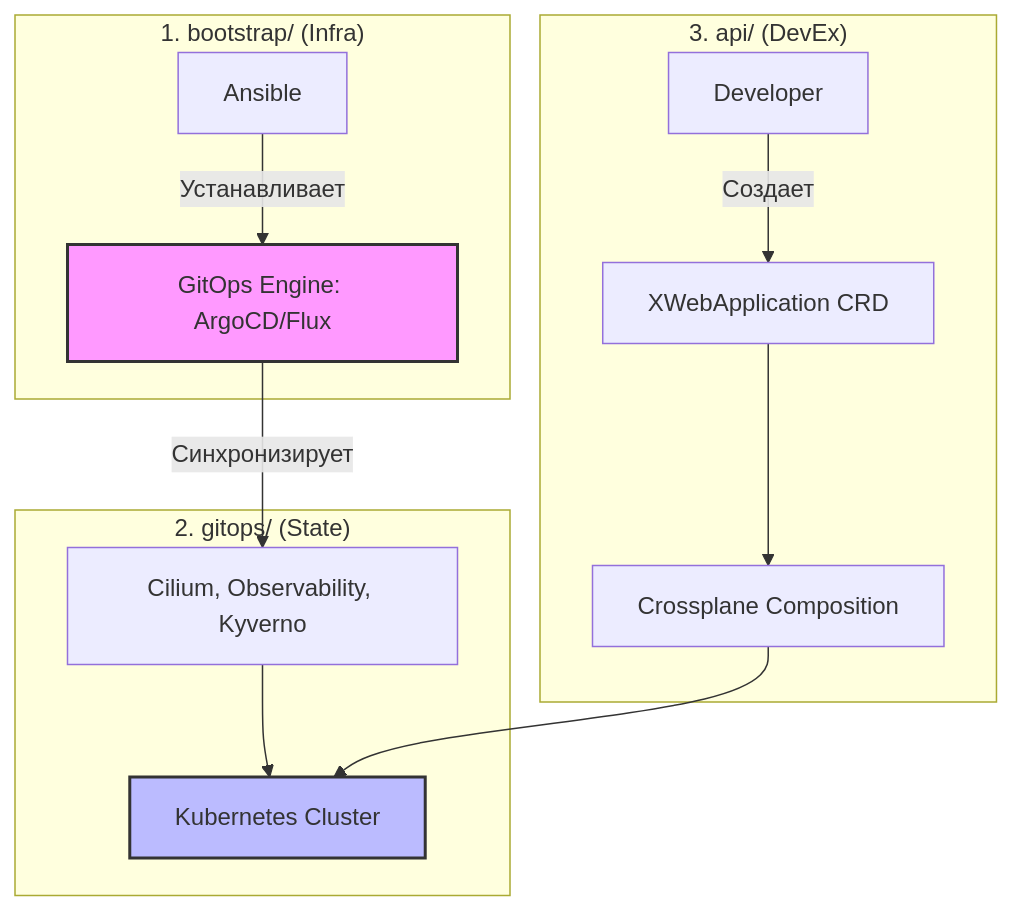
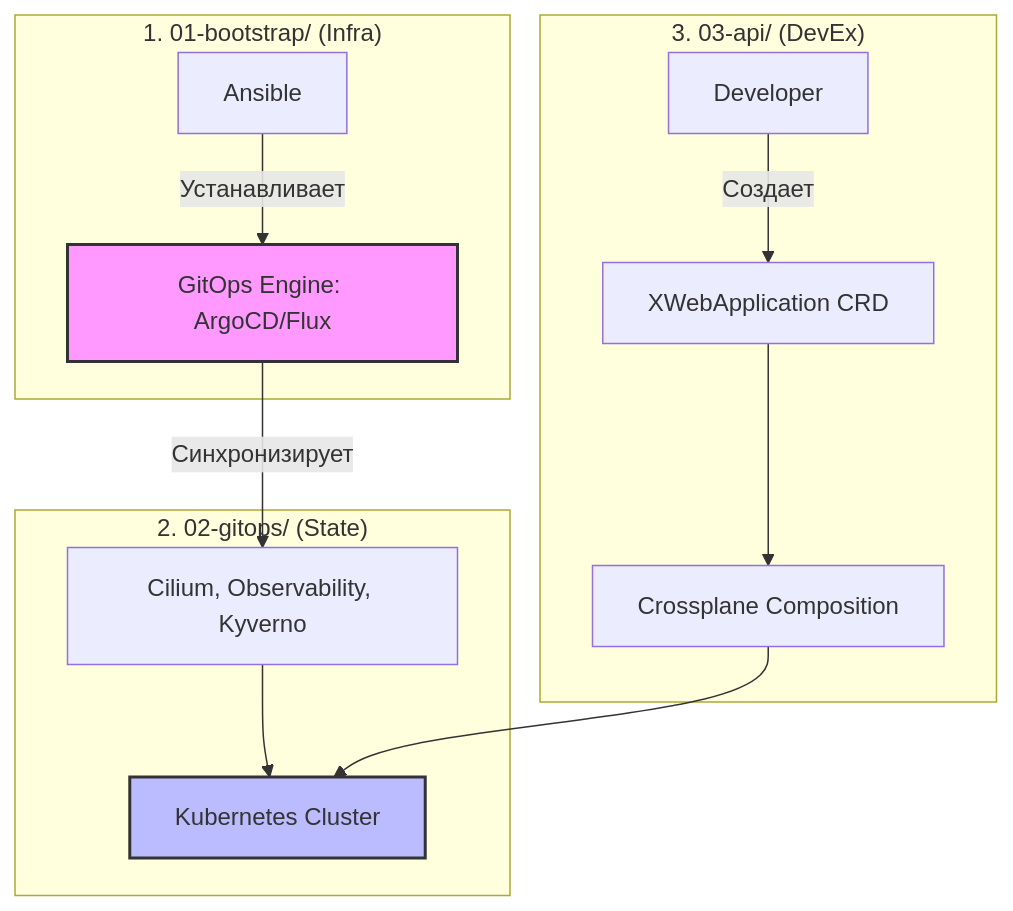
One commit to almset/k8s-platform-2026 changed the diagram in README.md. Above: the diagram before and after it, drawn with Mermaid. The commit also changed other lines of this file, not shown here.

````diff
--- a/README.md
+++ b/README.md
@@ -29,20 +28,20 @@
 ```mermaid
 graph TD
-    subgraph "1. bootstrap/ (Infra)"
+    subgraph "1. 01-bootstrap/ (Infra)"
         A[Ansible] -->|Устанавливает| B[GitOps Engine: ArgoCD/Flux]
     end
 
-    subgraph "2. gitops/ (State)"
+    subgraph "2. 02-gitops/ (State)"
         B -->|Синхронизирует| C[Cilium, Observability, Kyverno]
         C --> D[Kubernetes Cluster]
     end
 
-    subgraph "3. api/ (DevEx)"
+    subgraph "3. 03-api/ (DevEx)"
         E[Developer] -->|Создает| F[XWebApplication CRD]
         F --> G[Crossplane Composition]
         G --> D
     end
 
     style B fill:#f9f,stroke:#333,stroke-width:2px
     style D fill:#bbf,stroke:#333,stroke-width:2px
 ```
````
